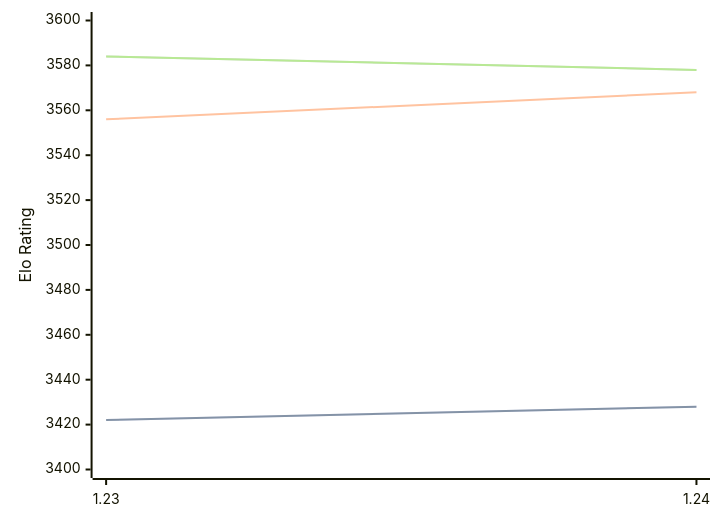
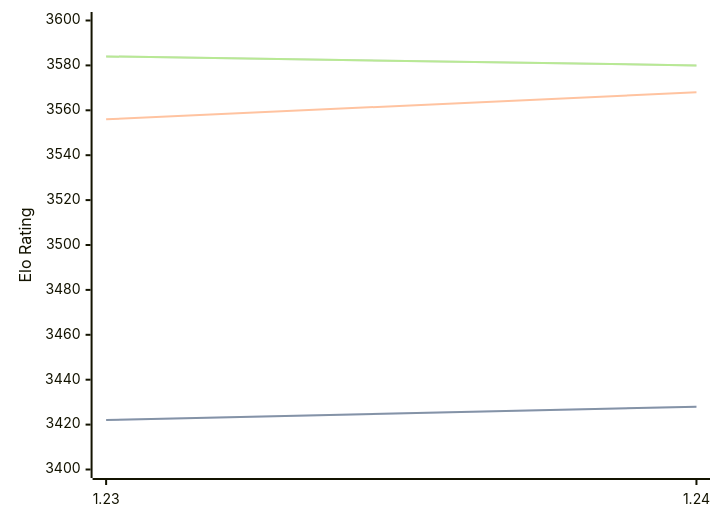
The diagram in engines/Caissa.md (computer-chess-index/cci), drawn with Mermaid before and after one commit. The commit also changed other lines of this file, not shown here.

Commit message:
Update CCI Ratings (ELO VLTC) - 2026-02-17

````diff
--- a/engines/Caissa.md
+++ b/engines/Caissa.md
@@ -61,11 +61,11 @@
 ```mermaid
 %%{init: {"theme":"base","themeVariables":{"seriesColors:['#a3a3a3','#222221','#faa371']}}}%%
 xychart-beta
   x-axis ["1.23", "1.24"]
   y-axis "Elo Rating" 3400 --> 3600
   line "STC (8.0+0.08s)" [3422, 3428]
   line "STC (8.0+0.08s)" [3422, 3428]
   line "LTC (60.0+0.60s)" [3556, 3568]
-  line "VLTC (2m24s+1.12s)" [3584, 3578]
-  line "VLTC (2m24s+1.12s)" [3584, 3578]
+  line "VLTC (2m24s+1.12s)" [3584, 3580]
+  line "VLTC (2m24s+1.12s)" [3584, 3580]
 ```
````
